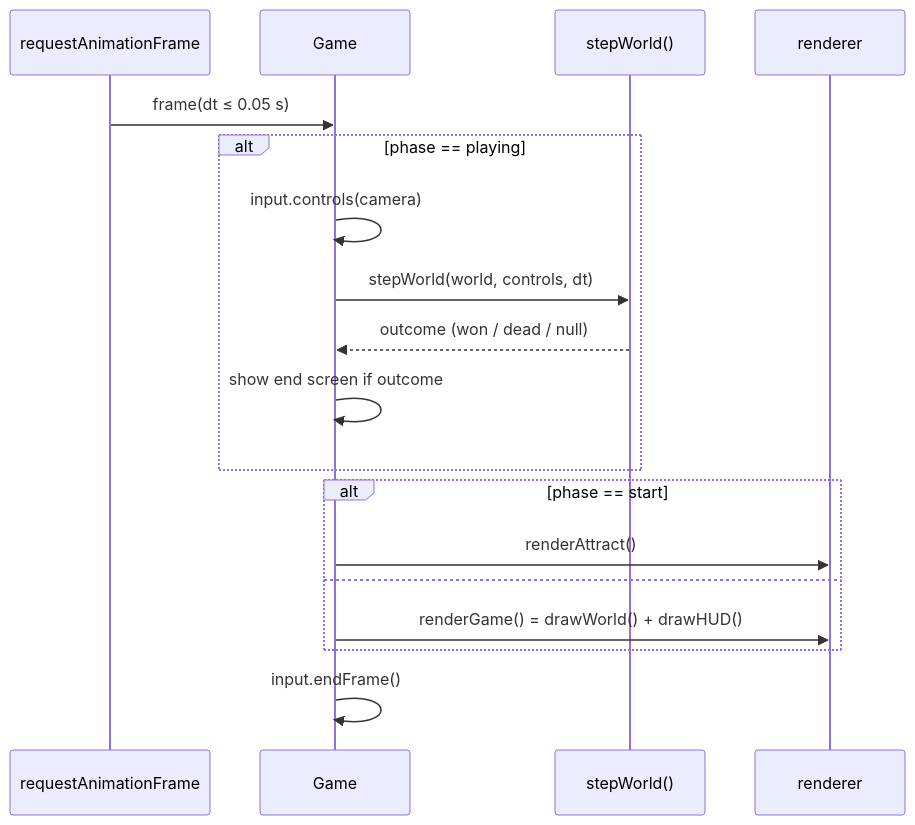
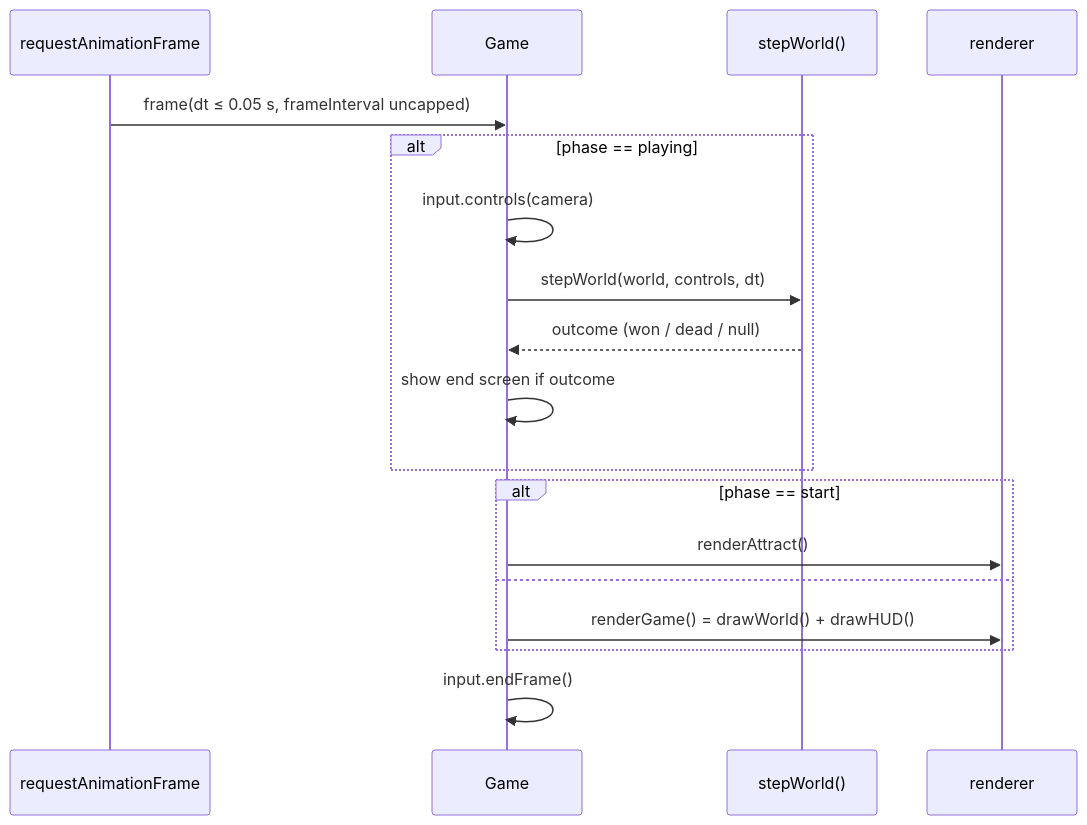
The third of 3 diagrams in docs/01_INIT_PROJECT.md (anhtuta/zone-royale), drawn with Mermaid before and after one commit. The commit also changed 6 other files, not shown here.

First line of the commit message:
f-08 Fix: Use the unclamped frame interval for FPS #9

````diff
--- a/docs/01_INIT_PROJECT.md
+++ b/docs/01_INIT_PROJECT.md
@@ -273,20 +273,20 @@
 ```mermaid
 sequenceDiagram
   participant RAF as requestAnimationFrame
   participant G as Game
   participant S as stepWorld()
   participant R as renderer
-  RAF->>G: frame(dt ≤ 0.05 s)
+  RAF->>G: frame(dt ≤ 0.05 s, frameInterval uncapped)
   alt phase == playing
     G->>G: input.controls(camera)
     G->>S: stepWorld(world, controls, dt)
     S-->>G: outcome (won / dead / null)
     G->>G: show end screen if outcome
   end
   alt phase == start
     G->>R: renderAttract()
   else
     G->>R: renderGame() = drawWorld() + drawHUD()
   end
   G->>G: input.endFrame()
 ```
````
